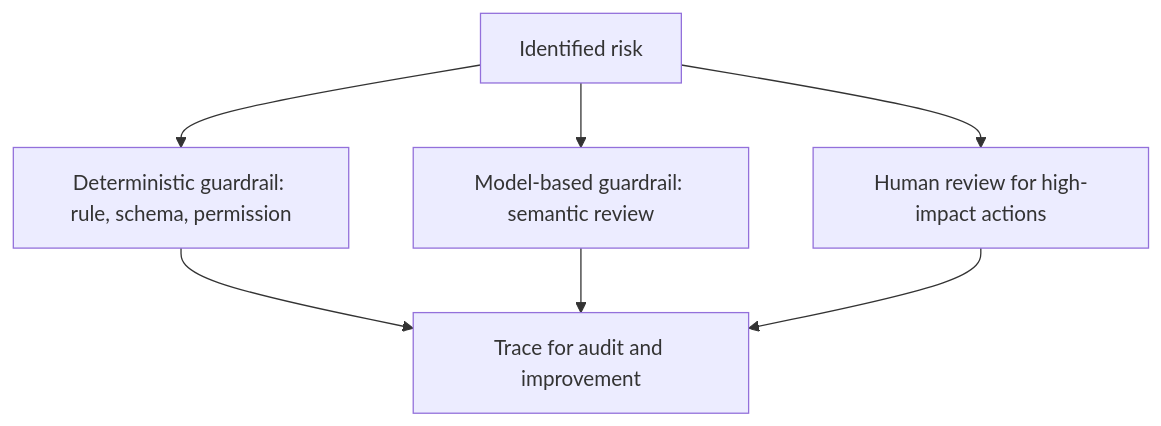
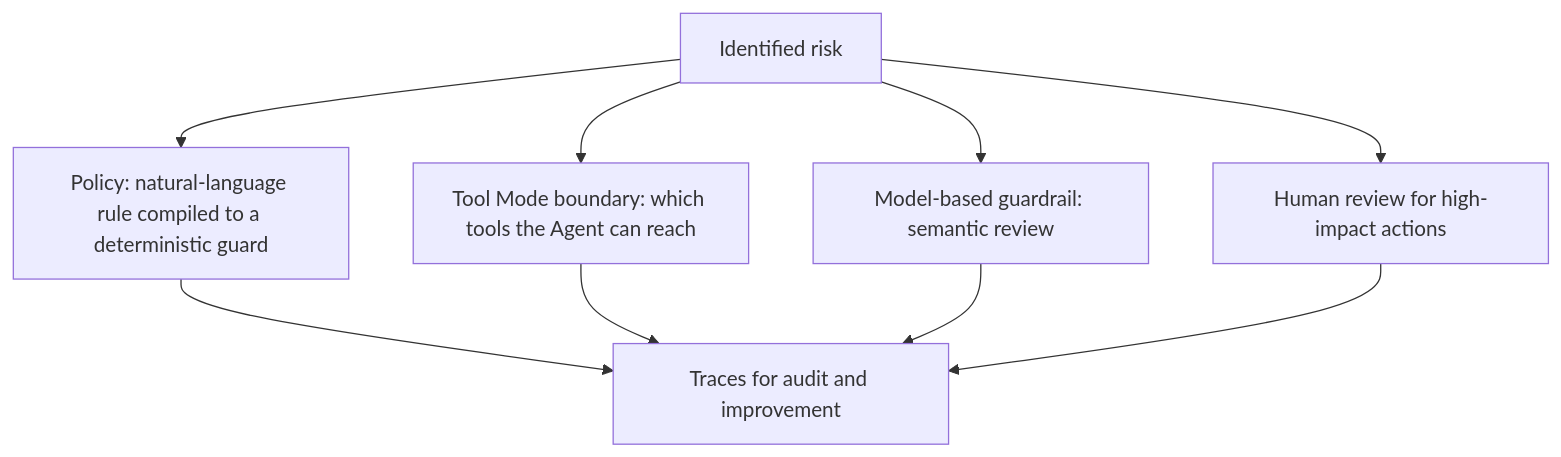
Before and after one commit to naren-allam/agents-beginners: the second of 14 diagrams in book/chapters/chapter-04-ensuring-safe-and-responsible-agentic-ai.md, drawn with Mermaid. The commit also changed other lines of this file and 28 other files, not shown here.

````diff
--- a/book/chapters/chapter-04-ensuring-safe-and-responsible-agentic-ai.md
+++ b/book/chapters/chapter-04-ensuring-safe-and-responsible-agentic-ai.md
@@ -39,15 +41,18 @@
 ```mermaid
 flowchart TD
     Risk["Identified risk"]
-    Deterministic["Deterministic guardrail: rule, schema, permission"]
+    Policy["Policy: natural-language rule compiled to a deterministic guard"]
+    Boundary["Tool Mode boundary: which tools the Agent can reach"]
     ModelBased["Model-based guardrail: semantic review"]
     Human["Human review for high-impact actions"]
-    Trace["Trace for audit and improvement"]
+    Trace["Traces for audit and improvement"]
 
-    Risk --> Deterministic
+    Risk --> Policy
+    Risk --> Boundary
     Risk --> ModelBased
     Risk --> Human
-    Deterministic --> Trace
+    Policy --> Trace
+    Boundary --> Trace
     ModelBased --> Trace
     Human --> Trace
 ```
````
